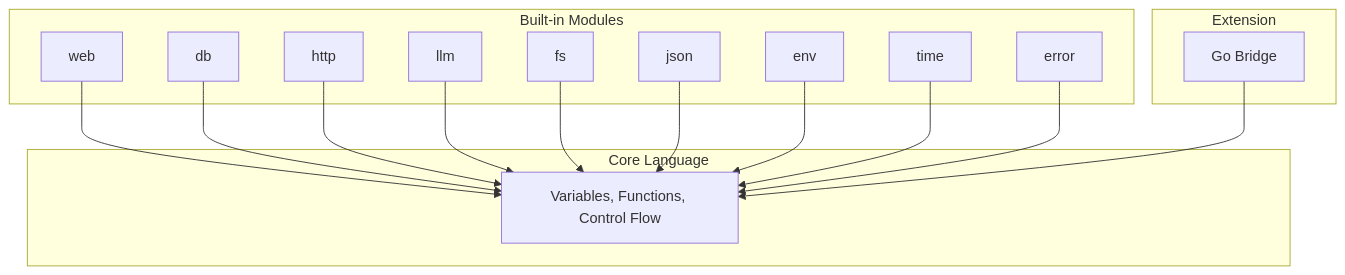
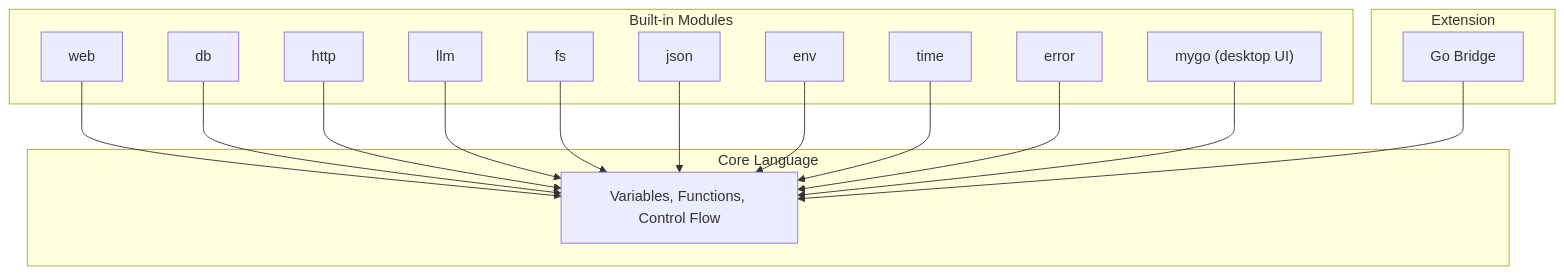
The second of 4 diagrams in README.md (bhzhu203/Codong), drawn with Mermaid before and after one commit. The commit also changed other lines of this file and 1 other file, not shown here.

First line of the commit message:
docs: README mygo 使用说明 + 新增 SPEC_GUI_FOR_AI.md（GUI 模块规范）

````diff
--- a/README.md
+++ b/README.md
@@ -411,20 +412,21 @@
 ```mermaid
 graph TD
     subgraph "Core Language"
         A["Variables, Functions, Control Flow"]
     end
     subgraph "Built-in Modules"
         B["web"] --> A
         C["db"] --> A
         D["http"] --> A
         E["llm"] --> A
         F["fs"] --> A
         G["json"] --> A
         H["env"] --> A
         I["time"] --> A
         J["error"] --> A
+        K["mygo (desktop UI)"] --> A
     end
     subgraph "Extension"
-        K["Go Bridge"] --> A
+        L["Go Bridge"] --> A
     end
 ```
````
